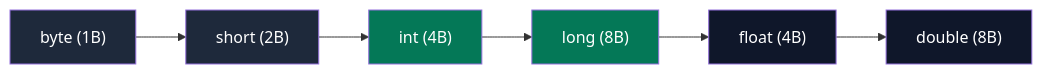
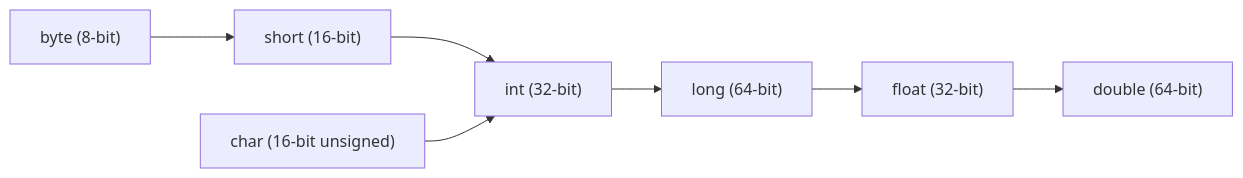
Before and after one commit to ravishankar2463/java_hub: the third of 3 diagrams in content/roadmap/level-0/variables-and-data-types.md, drawn with Mermaid. The commit also changed other lines of this file and 119 other files, not shown here.

Commit message:
feat: add comprehensive java learning roadmap content across multiple levels

````diff
--- a/content/roadmap/level-0/variables-and-data-types.md
+++ b/content/roadmap/level-0/variables-and-data-types.md
@@ -301,11 +270,5 @@
 ```mermaid
 flowchart LR
-    B["byte (1B)"] --> S["short (2B)"] --> I["int (4B)"] --> L["long (8B)"] --> F["float (4B)"] --> D["double (8B)"]
-    
-    style B fill:#1e293b,color:#fff
-    style S fill:#1e293b,color:#fff
-    style I fill:#047857,color:#fff
-    style L fill:#047857,color:#fff
-    style F fill:#0f172a,color:#fff
-    style D fill:#0f172a,color:#fff
+    B["byte (8-bit)"] --> S["short (16-bit)"] --> I["int (32-bit)"] --> L["long (64-bit)"] --> F["float (32-bit)"] --> D["double (64-bit)"]
+    C["char (16-bit unsigned)"] --> I
 ```
````
